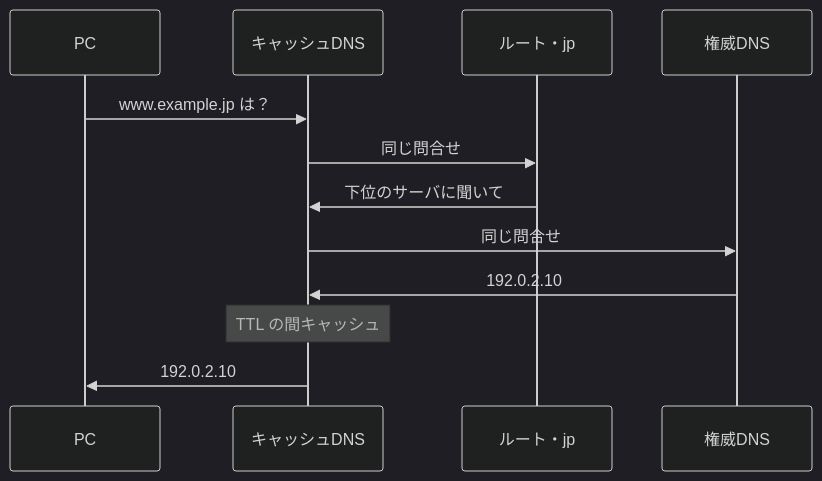
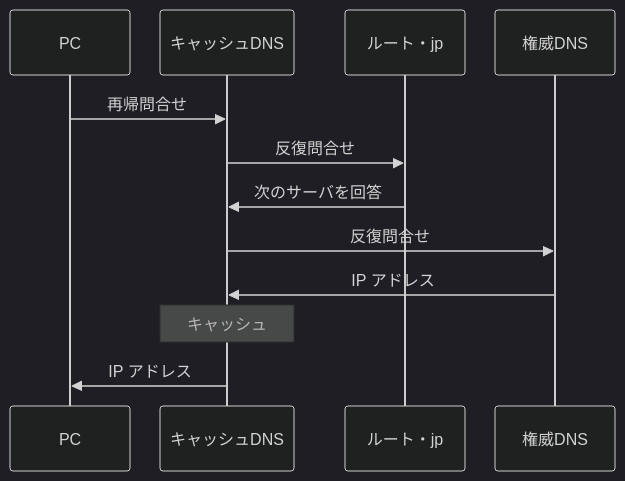
The diagram in network/protocol/dns.md (nnnaanaa/document), drawn with Mermaid (dark theme) before and after one commit. The commit also changed other lines of this file and 2 other files, not shown here.

Commit message:
新しい暗記シートの図の横幅を調整し、手順の説明を図の下に追記
- DNS: 名前解決の流れのラベルを短くし、4ステップの説明を追加
- 認証・PKI: KerberosとSAMLの図のラベルを短くし、手順を追加
- セキュリティ: 標的型攻撃の流れを1行の図にし、各段階の説明を追加

````diff
--- a/network/protocol/dns.md
+++ b/network/protocol/dns.md
@@ -27,14 +29,20 @@
 ```mermaid
+---
+config:
+  sequence:
+    width: 120
+    actorMargin: 30
+---
 sequenceDiagram
   participant PC as PC
   participant C as キャッシュDNS
   participant U as ルート・jp
   participant A as 権威DNS
-  PC->>C: www.example.jp は？
-  C->>U: 同じ問合せ
-  U->>C: 下位のサーバに聞いて
-  C->>A: 同じ問合せ
-  A->>C: 192.0.2.10
-  Note over C: TTL の間キャッシュ
-  C->>PC: 192.0.2.10
+  PC->>C: 再帰問合せ
+  C->>U: 反復問合せ
+  U->>C: 次のサーバを回答
+  C->>A: 反復問合せ
+  A->>C: IP アドレス
+  Note over C: キャッシュ
+  C->>PC: IP アドレス
 ```
````
